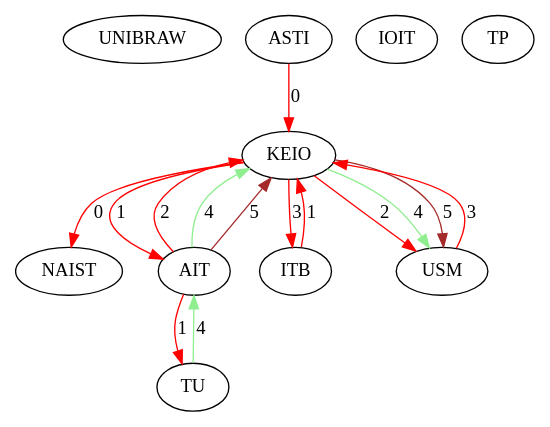
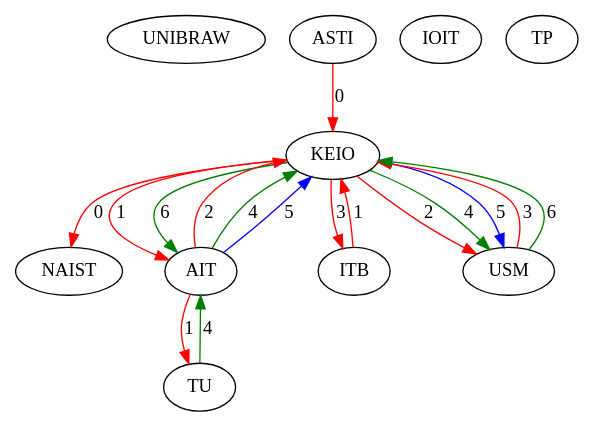
One commit to Hebbe1234/ExpectAll changed the diagram in src/assignedGraphs/assigned.dot. Above: the diagram before and after it, drawn with Graphviz. The commit also changed 2 other files, not shown here.

```diff
--- a/src/assignedGraphs/assigned.dot
+++ b/src/assignedGraphs/assigned.dot
@@ -1,26 +1,28 @@
 digraph  {
 0 [Internal=1, id=0, label=UNIBRAW];
 1 [Internal=1, id=1, label=NAIST];
 2 [Internal=1, id=2, label=KEIO];
 3 [Internal=1, id=3, label=IOIT];
 4 [Internal=1, id=4, label=ASTI];
 5 [Internal=1, id=5, label=TU];
 6 [Internal=1, id=6, label=AIT];
 7 [Internal=1, id=7, label=ITB];
 8 [Internal=1, id=8, label=TP];
 9 [Internal=1, id=9, label=USM];
 2 -> 1  [color=red, key=0, label=0];
 2 -> 6  [color=red, key=0, label=1];
+2 -> 6  [color=green, key=1, label=6];
 2 -> 7  [color=red, key=0, label=3];
 2 -> 9  [color=red, key=0, label=2];
-2 -> 9  [color=lightgreen, key=1, label=4];
-2 -> 9  [color=brown, key=2, label=5];
+2 -> 9  [color=green, key=1, label=4];
+2 -> 9  [color=blue, key=2, label=5];
 4 -> 2  [color=red, key=0, label=0];
-5 -> 6  [color=lightgreen, key=0, label=4];
+5 -> 6  [color=green, key=0, label=4];
 6 -> 2  [color=red, key=0, label=2];
-6 -> 2  [color=lightgreen, key=1, label=4];
-6 -> 2  [color=brown, key=2, label=5];
+6 -> 2  [color=green, key=1, label=4];
+6 -> 2  [color=blue, key=2, label=5];
 6 -> 5  [color=red, key=0, label=1];
 7 -> 2  [color=red, key=0, label=1];
 9 -> 2  [color=red, key=0, label=3];
+9 -> 2  [color=green, key=1, label=6];
 }
```
